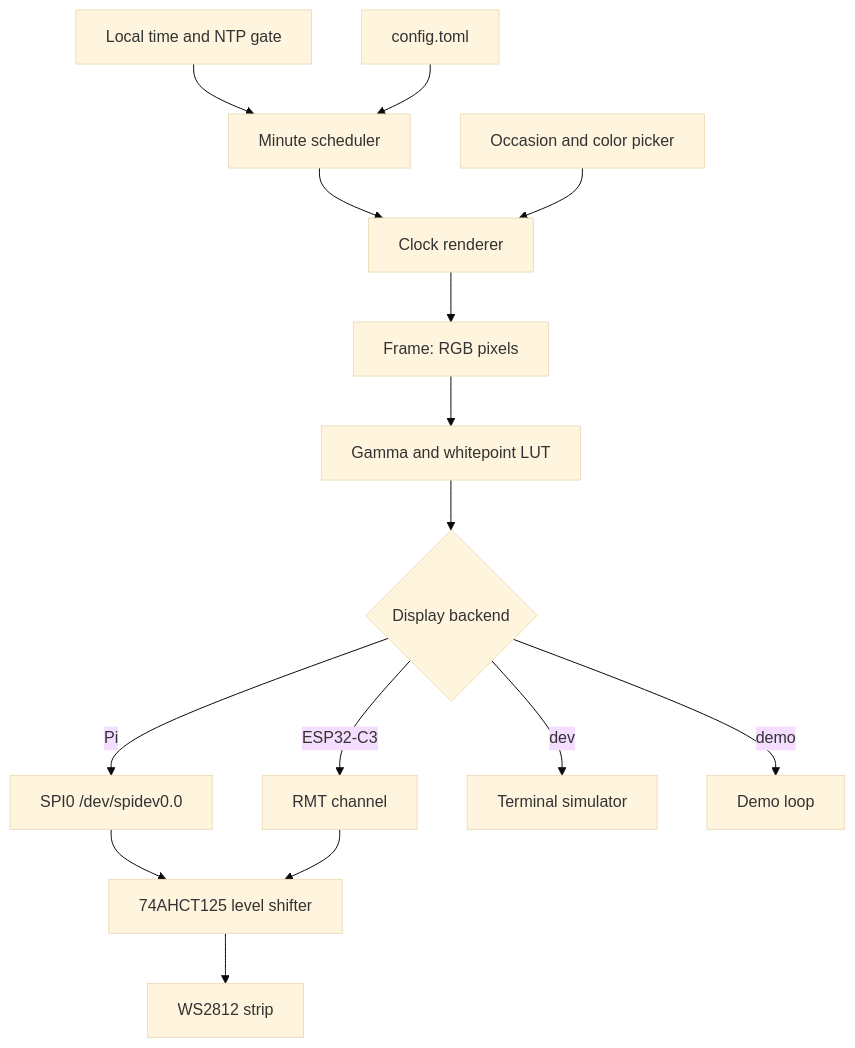
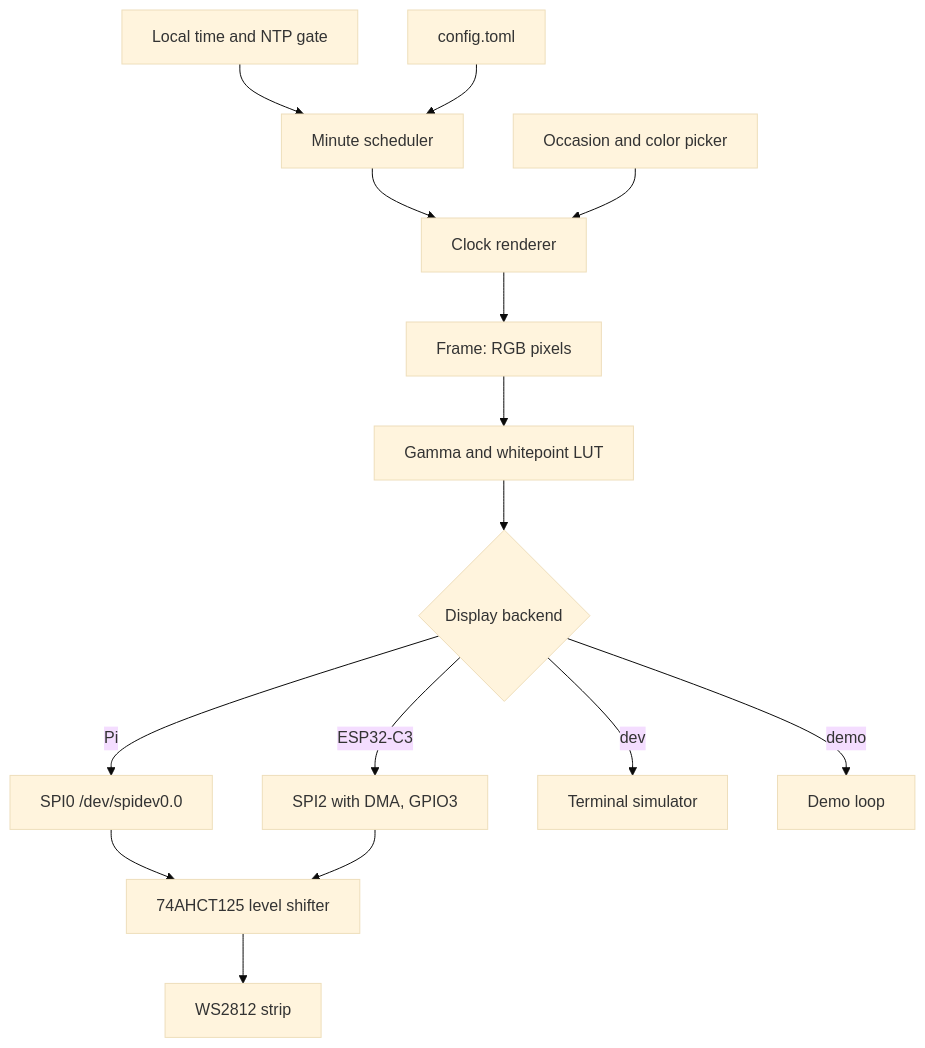
One commit to suhlig/wordclock-rs changed the diagram in openspec/changes/replace-fadecandy-with-rust/design.md. Above: the diagram before and after it, drawn with Mermaid (base theme). The commit also changed other lines of this file and 11 other files, not shown here.

````diff
--- a/openspec/changes/replace-fadecandy-with-rust/design.md
+++ b/openspec/changes/replace-fadecandy-with-rust/design.md
@@ -136,17 +136,17 @@
 ```mermaid
 flowchart TD
     Time[Local time and NTP gate] --> Scheduler[Minute scheduler]
     Config[config.toml] --> Scheduler
     Scheduler --> Clock[Clock renderer]
     Occasion[Occasion and color picker] --> Clock
     Clock --> Frame[Frame: RGB pixels]
     Frame --> Correction[Gamma and whitepoint LUT]
     Correction --> Display{Display backend}
     Display -->|Pi| Spi[SPI0 /dev/spidev0.0]
-    Display -->|ESP32-C3| Rmt[RMT channel]
+    Display -->|ESP32-C3| Spi2[SPI2 with DMA, GPIO3]
     Spi --> Level[74AHCT125 level shifter]
-    Rmt --> Level
+    Spi2 --> Level
     Level --> Strip[WS2812 strip]
     Display -->|dev| Terminal[Terminal simulator]
     Display -->|demo| Demo[Demo loop]
 ```
````
